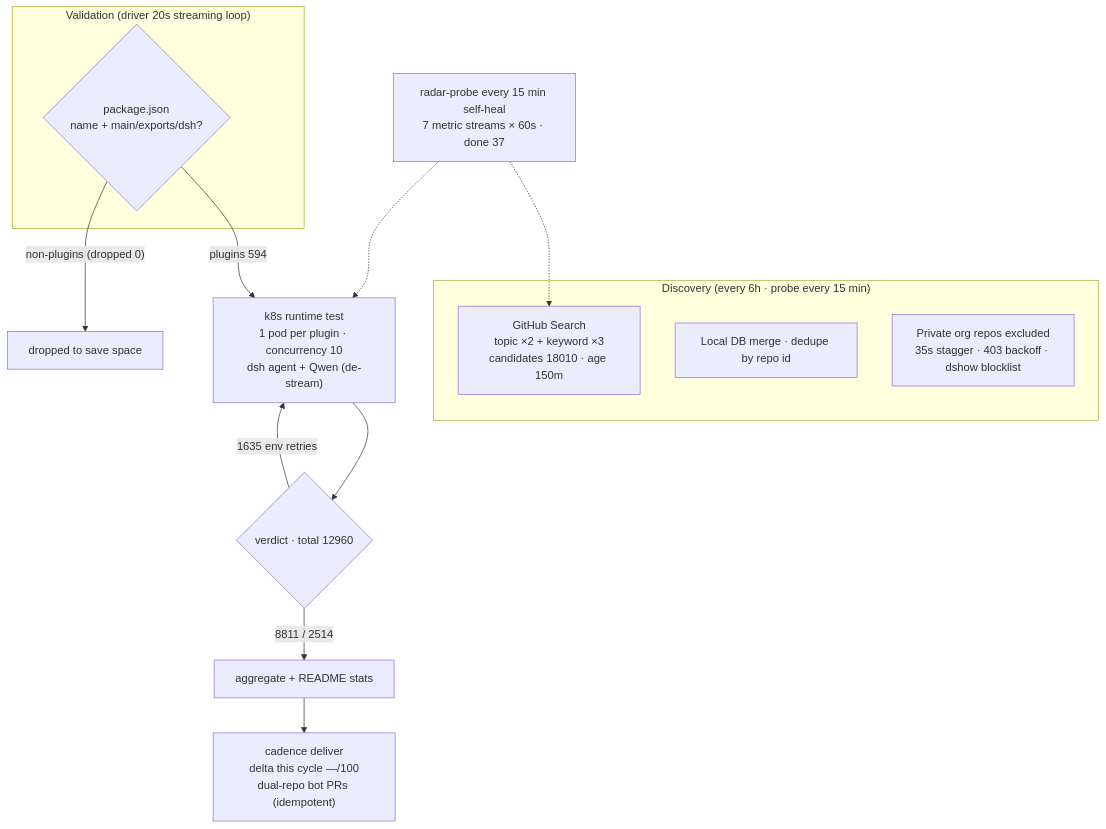
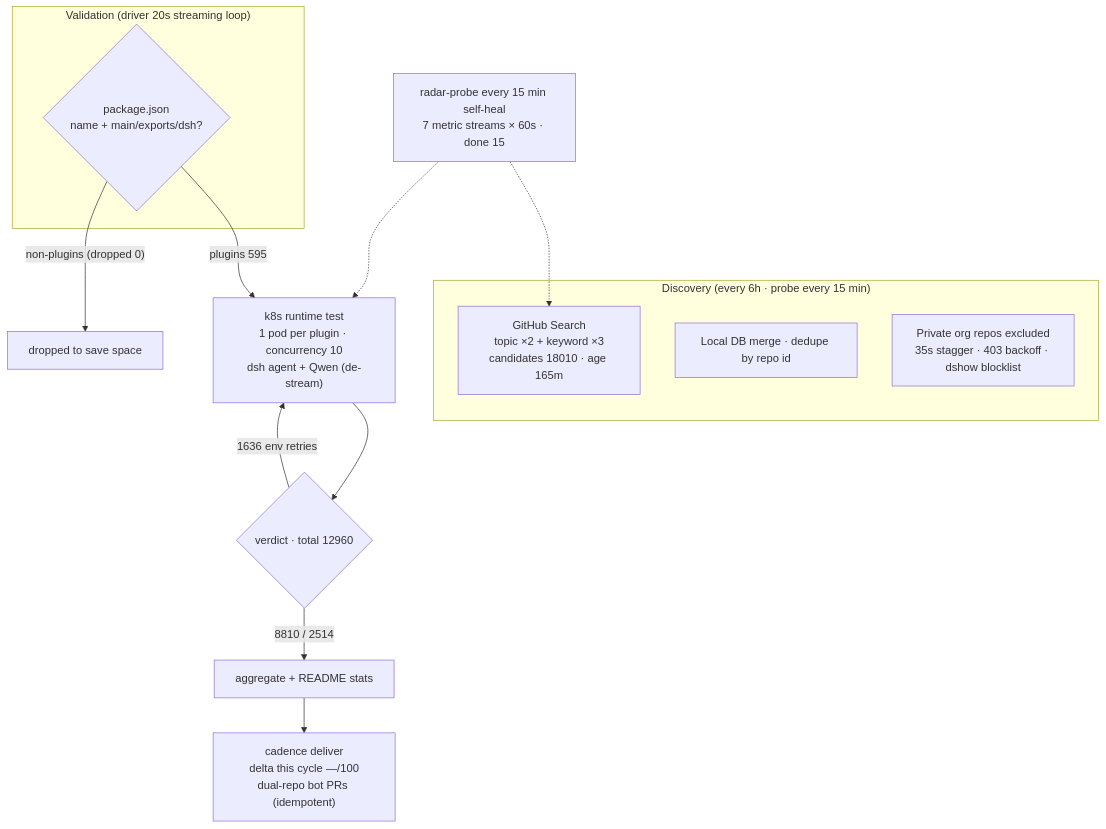
Before and after one commit to AdamPlatin123/awesome-dsh-plugins: the diagram in README.en-US.md, drawn with Mermaid. The commit also changed other lines of this file and 5 other files, not shown here.

````diff
--- a/README.en-US.md
+++ b/README.en-US.md
@@ -45,20 +45,20 @@
 ```mermaid
 flowchart TB
     subgraph Discovery["Discovery (every 6h · probe every 15 min)"]
-        A1["GitHub Search<br/>topic ×2 + keyword ×3<br/>candidates 18010 · age 150m"]
+        A1["GitHub Search<br/>topic ×2 + keyword ×3<br/>candidates 18010 · age 165m"]
         A2["Local DB merge · dedupe by repo id"]
         A3["Private org repos excluded<br/>35s stagger · 403 backoff · dshow blocklist"]
     end
     subgraph Validation["Validation (driver 20s streaming loop)"]
         B1{"package.json<br/>name + main/exports/dsh?"}
     end
-    B1 -->|"plugins 594"| C1["k8s runtime test<br/>1 pod per plugin · concurrency 10<br/>dsh agent + Qwen (de-stream)"]
+    B1 -->|"plugins 595"| C1["k8s runtime test<br/>1 pod per plugin · concurrency 10<br/>dsh agent + Qwen (de-stream)"]
     B1 -->|"non-plugins (dropped 0)"| B3["dropped to save space"]
     C1 --> D1{"verdict · total 12960"}
-    D1 -->|"8811 / 2514"| E1["aggregate + README stats"]
-    D1 -->|"1635 env retries"| C1
+    D1 -->|"8810 / 2514"| E1["aggregate + README stats"]
+    D1 -->|"1636 env retries"| C1
     E1 --> E2["cadence deliver<br/>delta this cycle —/100<br/>dual-repo bot PRs (idempotent)"]
-    M["radar-probe every 15 min self-heal<br/>7 metric streams × 60s · done 37"]
+    M["radar-probe every 15 min self-heal<br/>7 metric streams × 60s · done 15"]
     M -.-> A1
     M -.-> C1
 ```
````
